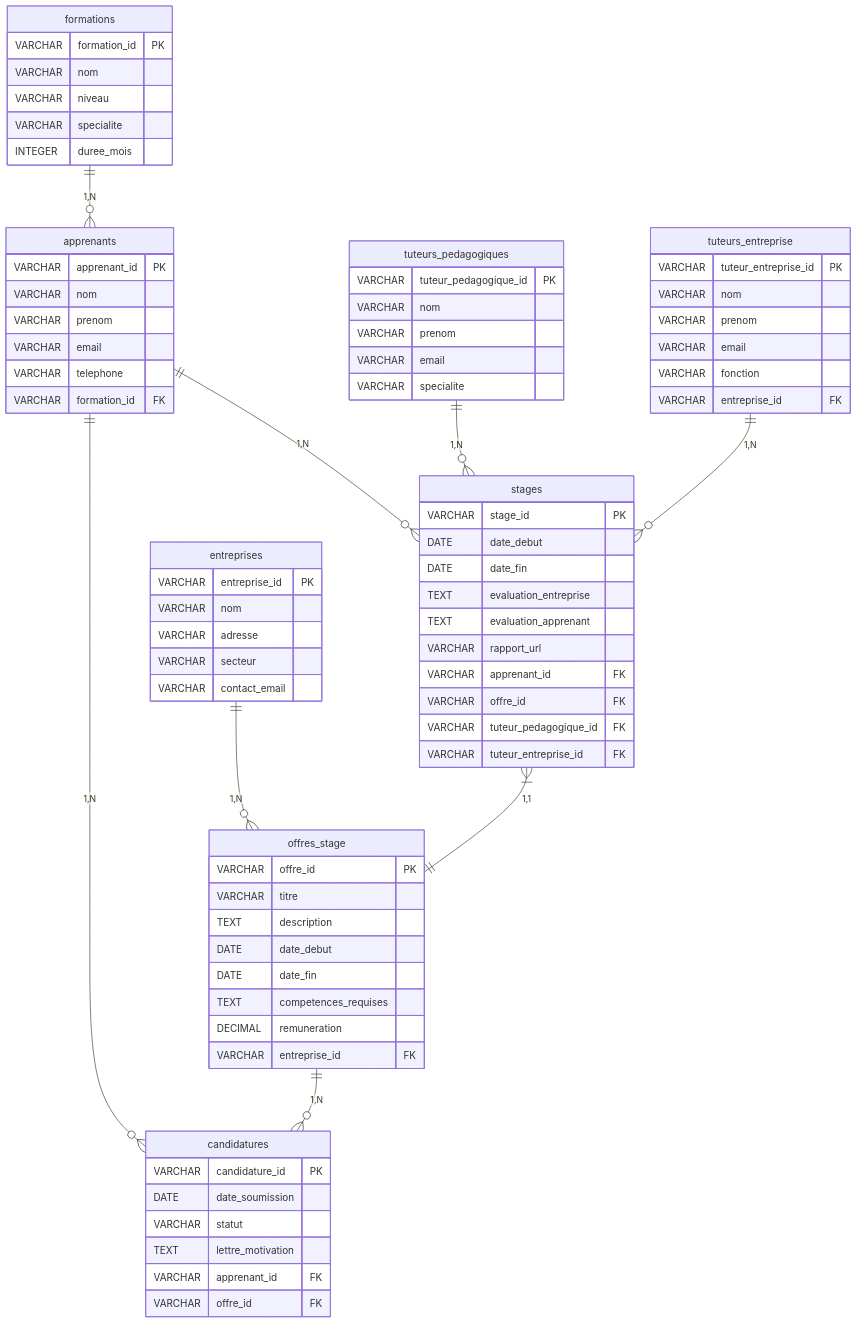
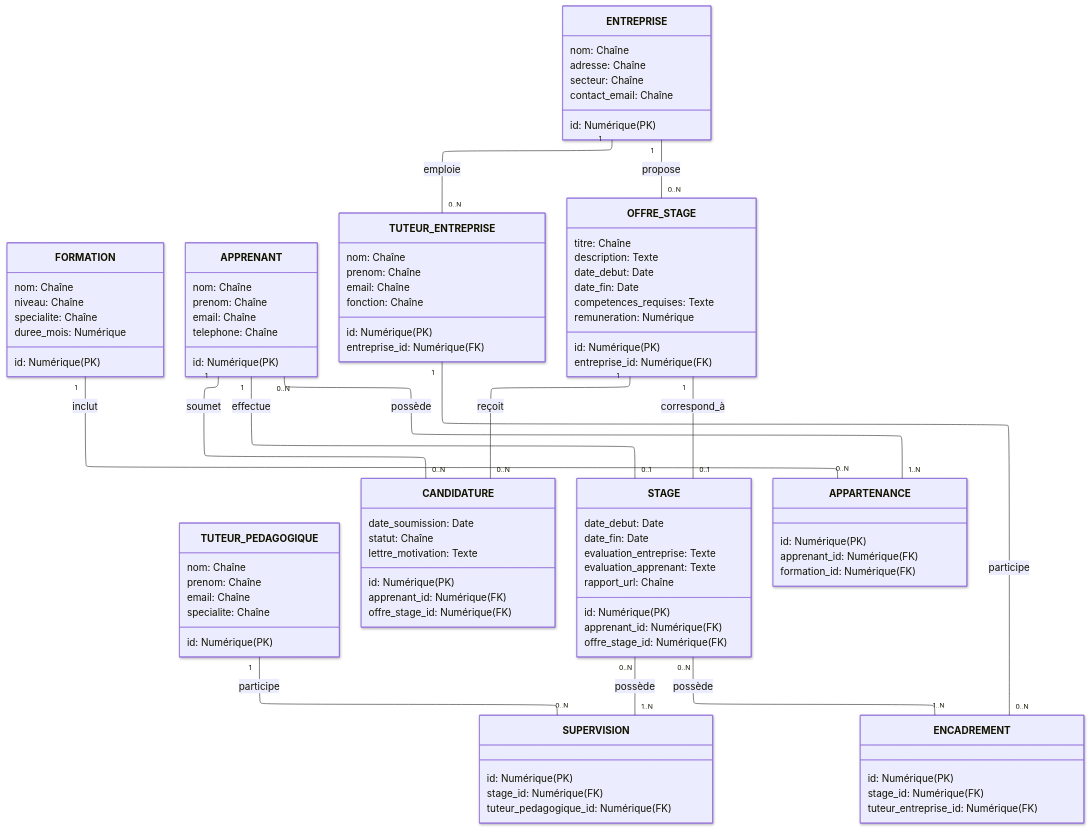
The diagram in more/MERISE_MLD.mermaid (EFP-DEV/1-X75-LDB), drawn with Mermaid before and after one commit. The commit also changed other lines of this file and 4 other files, not shown here.

Commit message:
Add detailed context and specifications for MERISE modeling; update diagrams for clarity and consistency

````diff
--- a/more/MERISE_MLD.mermaid
+++ b/more/MERISE_MLD.mermaid
@@ -2,88 +1,99 @@
-```mermaid
-
-erDiagram
-    apprenants ||--o{ stages : "1,N"
-    apprenants ||--o{ candidatures : "1,N"
-    entreprises ||--o{ offres_stage : "1,N"
-    offres_stage ||--o{ candidatures : "1,N"
-    stages }|--|| offres_stage : "1,1"
-    tuteurs_pedagogiques ||--o{ stages : "1,N"
-    tuteurs_entreprise ||--o{ stages : "1,N"
-    formations ||--o{ apprenants : "1,N"
-    
-    apprenants {
-        VARCHAR apprenant_id PK
-        VARCHAR nom
-        VARCHAR prenom
-        VARCHAR email
-        VARCHAR telephone
-        VARCHAR formation_id FK
+---
+config:
+  layout: elk
+  look: neo
+  theme: mc
+---
+classDiagram
+direction TB
+    class FORMATION {
+	    nom: Chaîne
+	    niveau: Chaîne
+	    specialite: Chaîne
+	    duree_mois: Numérique
+	    id: Numérique(PK)
     }
-    
-    entreprises {
-        VARCHAR entreprise_id PK
-        VARCHAR nom
-        VARCHAR adresse
-        VARCHAR secteur
-        VARCHAR contact_email
+    class APPRENANT {
+	    nom: Chaîne
+	    prenom: Chaîne
+	    email: Chaîne
+	    telephone: Chaîne
+	    id: Numérique(PK)
     }
-    
-    offres_stage {
-        VARCHAR offre_id PK
-        VARCHAR titre
-        TEXT description
-        DATE date_debut
-        DATE date_fin
-        TEXT competences_requises
-        DECIMAL remuneration
-        VARCHAR entreprise_id FK
+    class ENTREPRISE {
+	    nom: Chaîne
+	    adresse: Chaîne
+	    secteur: Chaîne
+	    contact_email: Chaîne
+	    id: Numérique(PK)
     }
-    
-    candidatures {
-        VARCHAR candidature_id PK
-        DATE date_soumission
-        VARCHAR statut
-        TEXT lettre_motivation
-        VARCHAR apprenant_id FK
-        VARCHAR offre_id FK
+    class TUTEUR_PEDAGOGIQUE {
+	    nom: Chaîne
+	    prenom: Chaîne
+	    email: Chaîne
+	    specialite: Chaîne
+	    id: Numérique(PK)
     }
-    
-    stages {
-        VARCHAR stage_id PK
-        DATE date_debut
-        DATE date_fin
-        TEXT evaluation_entreprise
-        TEXT evaluation_apprenant
-        VARCHAR rapport_url
-        VARCHAR apprenant_id FK
-        VARCHAR offre_id FK
-        VARCHAR tuteur_pedagogique_id FK
-        VARCHAR tuteur_entreprise_id FK
+    class TUTEUR_ENTREPRISE {
+	    nom: Chaîne
+	    prenom: Chaîne
+	    email: Chaîne
+	    fonction: Chaîne
+	    id: Numérique(PK)
+	    entreprise_id: Numérique(FK)
     }
-    
-    tuteurs_pedagogiques {
-        VARCHAR tuteur_pedagogique_id PK
-        VARCHAR nom
-        VARCHAR prenom
-        VARCHAR email
-        VARCHAR specialite
+    class OFFRE_STAGE {
+	    titre: Chaîne
+	    description: Texte
+	    date_debut: Date
+	    date_fin: Date
+	    competences_requises: Texte
+	    remuneration: Numérique
+	    id: Numérique(PK)
+	    entreprise_id: Numérique(FK)
     }
-    
-    tuteurs_entreprise {
-        VARCHAR tuteur_entreprise_id PK
-        VARCHAR nom
-        VARCHAR prenom
-        VARCHAR email
-        VARCHAR fonction
-        VARCHAR entreprise_id FK
+    class CANDIDATURE {
+	    date_soumission: Date
+	    statut: Chaîne
+	    lettre_motivation: Texte
+	    id: Numérique(PK)
+	    apprenant_id: Numérique(FK)
+	    offre_stage_id: Numérique(FK)
     }
-    
-    formations {
-        VARCHAR formation_id PK
-        VARCHAR nom
-        VARCHAR niveau
-        VARCHAR specialite
-        INTEGER duree_mois
+    class STAGE {
+	    date_debut: Date
+	    date_fin: Date
+	    evaluation_entreprise: Texte
+	    evaluation_apprenant: Texte
+	    rapport_url: Chaîne
+	    id: Numérique(PK)
+	    apprenant_id: Numérique(FK)
+	    offre_stage_id: Numérique(FK)
     }
-
-```
+    class SUPERVISION {
+	    id: Numérique(PK)
+	    stage_id: Numérique(FK)
+	    tuteur_pedagogique_id: Numérique(FK)
+    }
+    class ENCADREMENT {
+	    id: Numérique(PK)
+	    stage_id: Numérique(FK)
+	    tuteur_entreprise_id: Numérique(FK)
+    }
+    class APPARTENANCE {
+	    id: Numérique(PK)
+	    apprenant_id: Numérique(FK)
+	    formation_id: Numérique(FK)
+    }
+    ENTREPRISE "1" -- "0..N" TUTEUR_ENTREPRISE : emploie
+    ENTREPRISE "1" -- "0..N" OFFRE_STAGE : propose
+    APPRENANT "1" -- "0..N" CANDIDATURE : soumet
+    OFFRE_STAGE "1" -- "0..N" CANDIDATURE : reçoit
+    APPRENANT "1" -- "0..1" STAGE : effectue
+    OFFRE_STAGE "1" -- "0..1" STAGE : correspond_à
+    STAGE "0..N" -- "1..N" SUPERVISION : possède
+    TUTEUR_PEDAGOGIQUE "1" -- "0..N" SUPERVISION : participe
+    STAGE "0..N" -- "1..N" ENCADREMENT : possède
+    TUTEUR_ENTREPRISE "1" -- "0..N" ENCADREMENT : participe
+    APPRENANT "0..N" -- "1..N" APPARTENANCE : possède
+    FORMATION "1" -- "0..N" APPARTENANCE : inclut
````
